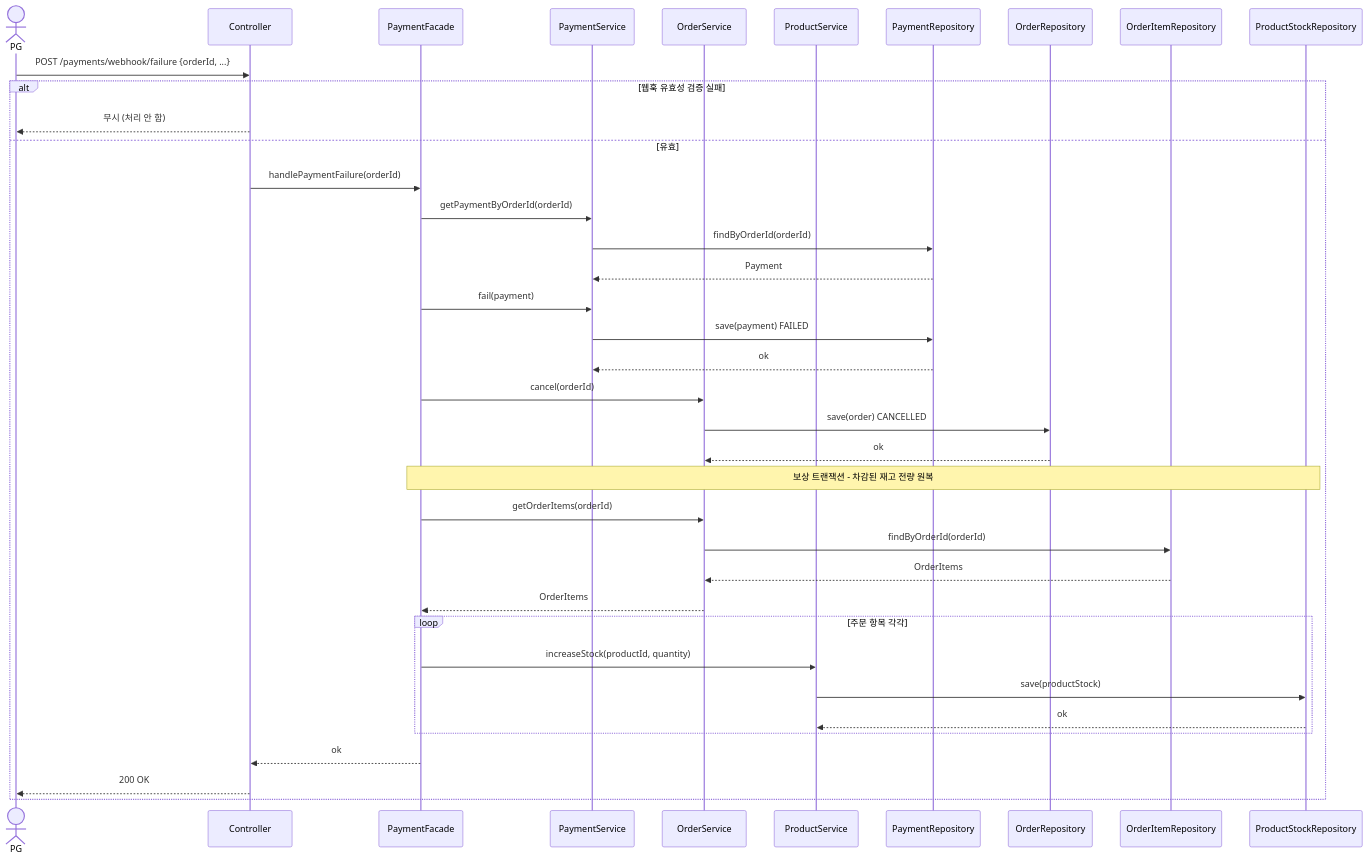
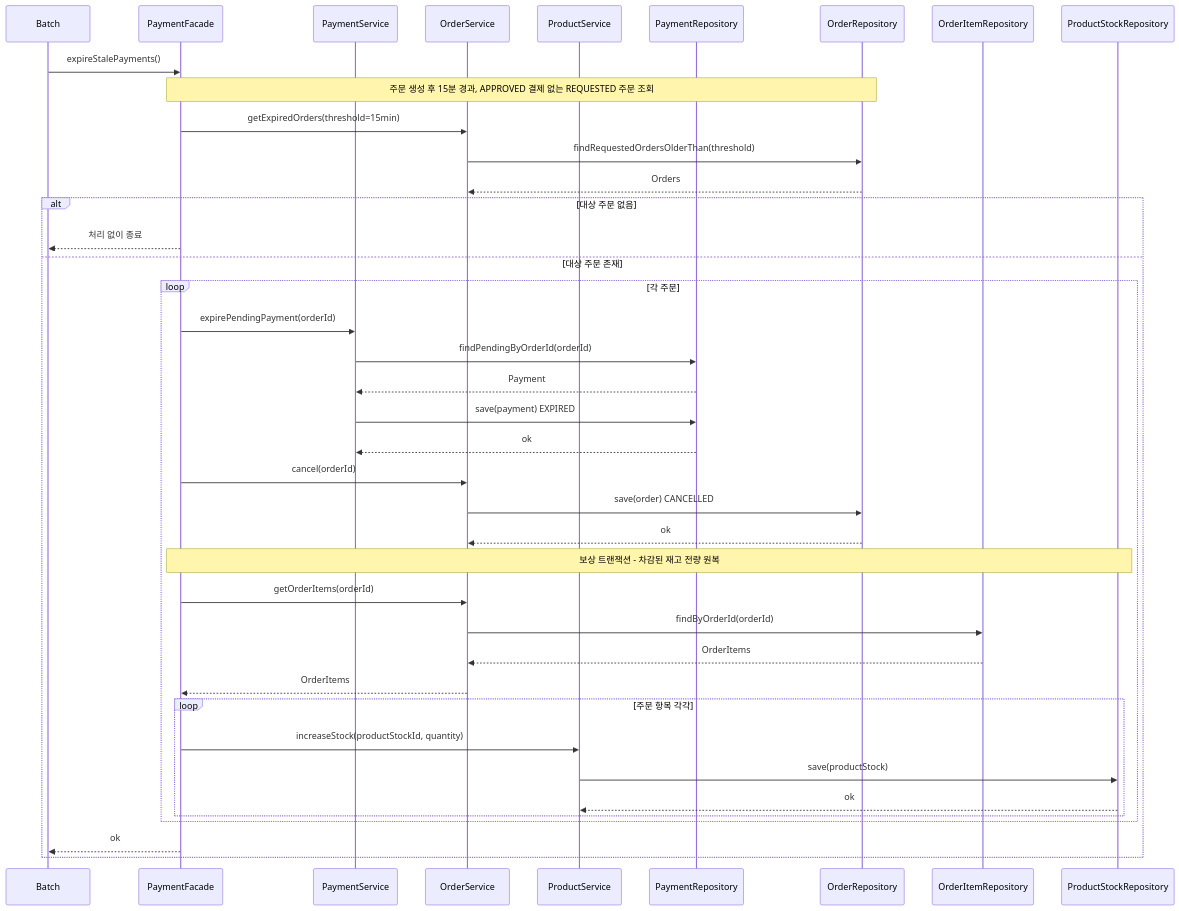
One commit to loopers-labs/loop-pack-be-l2-vol4-java changed the fifth of 7 diagrams in docs/design/02-sequence-diagrams.md. Above: the diagram before and after it, drawn with Mermaid. The commit also changed other lines of this file and 3 other files, not shown here.

````diff
--- a/docs/design/02-sequence-diagrams.md
+++ b/docs/design/02-sequence-diagrams.md
@@ -182,48 +215,49 @@
 ```mermaid
 sequenceDiagram
-    actor PG
-    participant Controller
+    participant Batch
     participant PaymentFacade
     participant PaymentService
     participant OrderService
     participant ProductService
     participant PaymentRepository
     participant OrderRepository
     participant OrderItemRepository
     participant ProductStockRepository
 
-    PG->>Controller: POST /payments/webhook/failure {orderId, ...}
+    Batch->>PaymentFacade: expireStalePayments()
 
-    alt 웹훅 유효성 검증 실패
-        Controller-->>PG: 무시 (처리 안 함)
-    else 유효
-        Controller->>PaymentFacade: handlePaymentFailure(orderId)
+    Note over PaymentFacade,OrderRepository: 주문 생성 후 15분 경과, APPROVED 결제 없는 REQUESTED 주문 조회
+    PaymentFacade->>OrderService: getExpiredOrders(threshold=15min)
+    OrderService->>OrderRepository: findRequestedOrdersOlderThan(threshold)
+    OrderRepository-->>OrderService: Orders
 
-        PaymentFacade->>PaymentService: getPaymentByOrderId(orderId)
-        PaymentService->>PaymentRepository: findByOrderId(orderId)
-        PaymentRepository-->>PaymentService: Payment
+    alt 대상 주문 없음
+        PaymentFacade-->>Batch: 처리 없이 종료
+    else 대상 주문 존재
+        loop 각 주문
+            PaymentFacade->>PaymentService: expirePendingPayment(orderId)
+            PaymentService->>PaymentRepository: findPendingByOrderId(orderId)
+            PaymentRepository-->>PaymentService: Payment
+            PaymentService->>PaymentRepository: save(payment) EXPIRED
+            PaymentRepository-->>PaymentService: ok
 
-        PaymentFacade->>PaymentService: fail(payment)
-        PaymentService->>PaymentRepository: save(payment) FAILED
-        PaymentRepository-->>PaymentService: ok
+            PaymentFacade->>OrderService: cancel(orderId)
+            OrderService->>OrderRepository: save(order) CANCELLED
+            OrderRepository-->>OrderService: ok
 
-        PaymentFacade->>OrderService: cancel(orderId)
-        OrderService->>OrderRepository: save(order) CANCELLED
-        OrderRepository-->>OrderService: ok
+            Note over PaymentFacade,ProductStockRepository: 보상 트랜잭션 - 차감된 재고 전량 원복
+            PaymentFacade->>OrderService: getOrderItems(orderId)
+            OrderService->>OrderItemRepository: findByOrderId(orderId)
+            OrderItemRepository-->>OrderService: OrderItems
+            OrderService-->>PaymentFacade: OrderItems
 
-        Note over PaymentFacade,ProductStockRepository: 보상 트랜잭션 - 차감된 재고 전량 원복
-        PaymentFacade->>OrderService: getOrderItems(orderId)
-        OrderService->>OrderItemRepository: findByOrderId(orderId)
-        OrderItemRepository-->>OrderService: OrderItems
-        OrderService-->>PaymentFacade: OrderItems
-
-        loop 주문 항목 각각
-            PaymentFacade->>ProductService: increaseStock(productId, quantity)
-            ProductService->>ProductStockRepository: save(productStock)
-            ProductStockRepository-->>ProductService: ok
+            loop 주문 항목 각각
+                PaymentFacade->>ProductService: increaseStock(productStockId, quantity)
+                ProductService->>ProductStockRepository: save(productStock)
+                ProductStockRepository-->>ProductService: ok
+            end
         end
 
-        PaymentFacade-->>Controller: ok
-        Controller-->>PG: 200 OK
+        PaymentFacade-->>Batch: ok
     end
 ```
````
